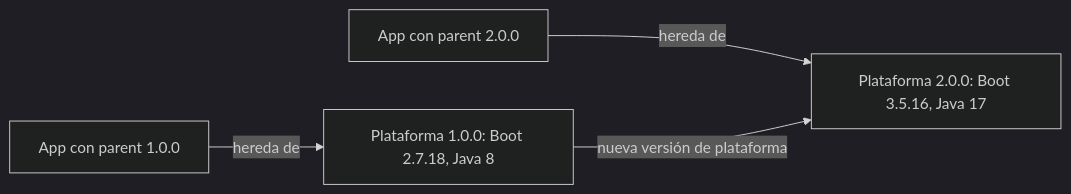
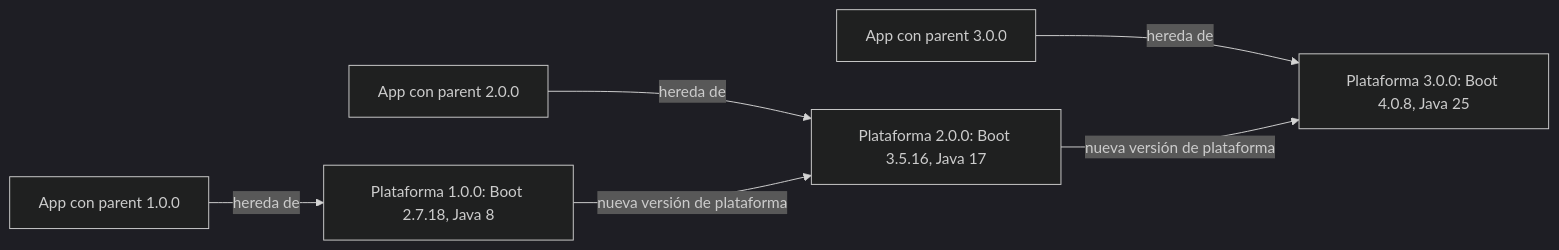
One commit to IAAA-Lab/maven-corporate-pom changed the fourth of 4 diagrams in README.md. Above: the diagram before and after it, drawn with Mermaid (dark theme). The commit also changed other lines of this file, not shown here.

First line of the commit message:
docs: describe platform 3.0.0 and the second upgrade

````diff
--- a/README.md
+++ b/README.md
@@ -260,11 +273,15 @@
 ```mermaid
 flowchart LR
-    oldApp["App con parent 1.0.0"]
-    oldPlatform["Plataforma 1.0.0: Boot 2.7.18, Java 8"]
-    newPlatform["Plataforma 2.0.0: Boot 3.5.16, Java 17"]
-    upgradedApp["App con parent 2.0.0"]
+    app1["App con parent 1.0.0"]
+    app2["App con parent 2.0.0"]
+    app3["App con parent 3.0.0"]
+    p1["Plataforma 1.0.0: Boot 2.7.18, Java 8"]
+    p2["Plataforma 2.0.0: Boot 3.5.16, Java 17"]
+    p3["Plataforma 3.0.0: Boot 4.0.8, Java 25"]
 
-    oldApp -->|"hereda de"| oldPlatform
-    upgradedApp -->|"hereda de"| newPlatform
-    oldPlatform -->|"nueva versión de plataforma"| newPlatform
+    app1 -->|"hereda de"| p1
+    app2 -->|"hereda de"| p2
+    app3 -->|"hereda de"| p3
+    p1 -->|"nueva versión de plataforma"| p2
+    p2 -->|"nueva versión de plataforma"| p3
 ```
````
